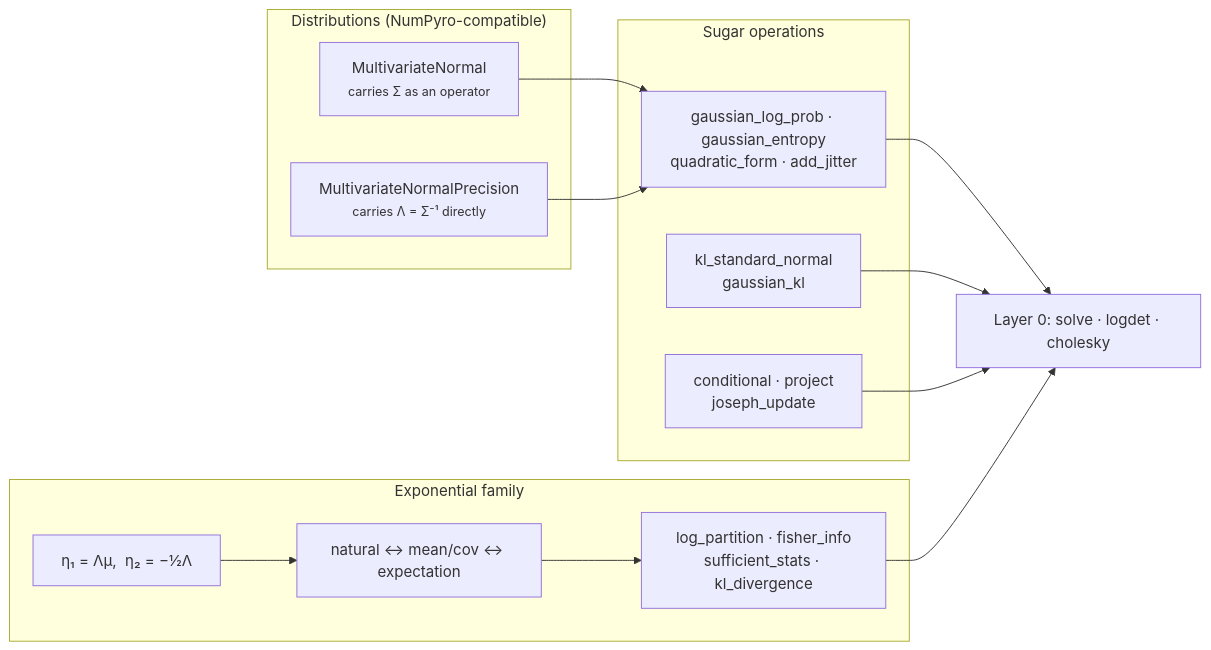
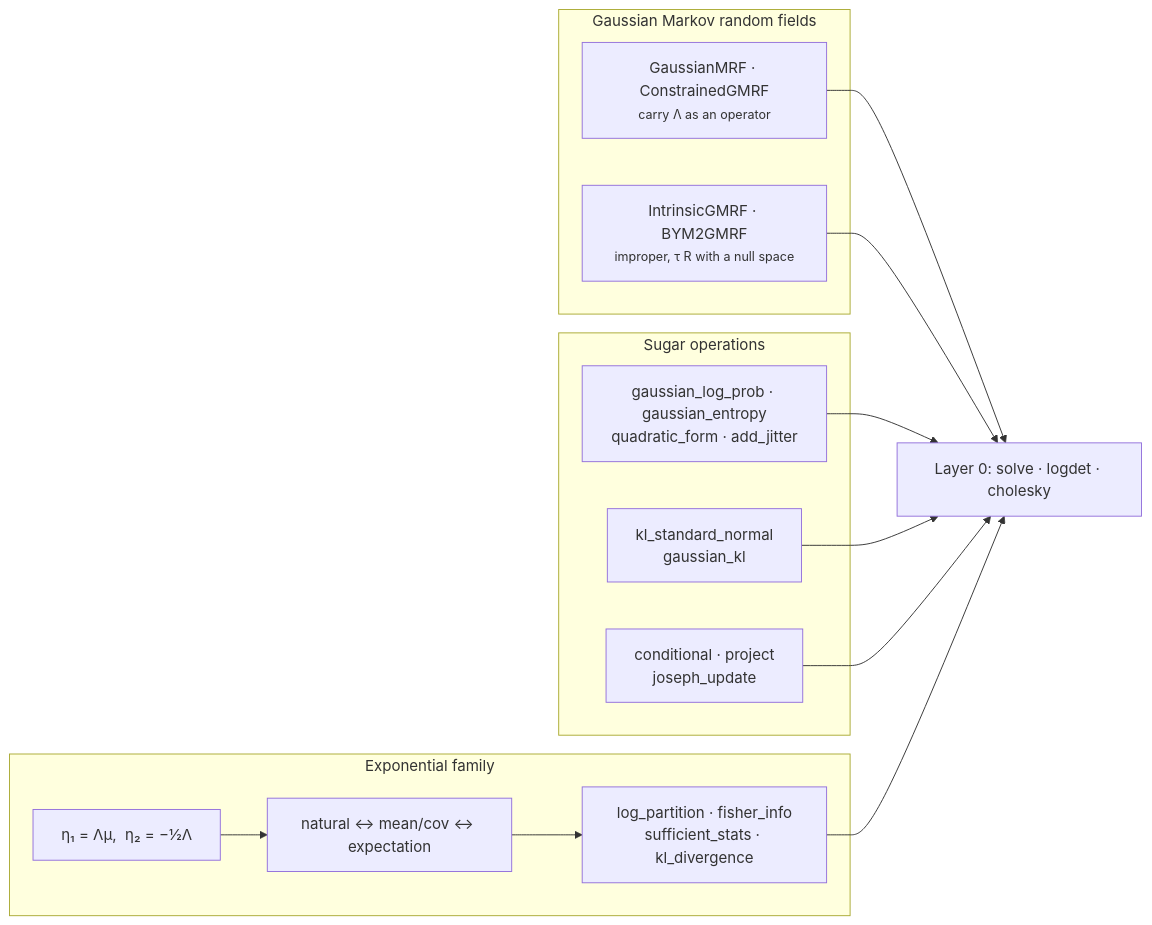
The fifth of 7 diagrams in docs/architecture.md (jejjohnson/gaussx), drawn with Mermaid before and after one commit. The commit also changed other lines of this file and 74 other files, not shown here.

First line of the commit message:
refactor(distributions)!: the NumPyro distributions leave gaussx for pyrox-gauss

````diff
--- a/docs/architecture.md
+++ b/docs/architecture.md
@@ -350,26 +350,26 @@
 ```mermaid
 flowchart LR
-    subgraph DISTS["Distributions (NumPyro-compatible)"]
-        MVN["MultivariateNormal<br/><small>carries Σ as an operator</small>"]
-        MVNP["MultivariateNormalPrecision<br/><small>carries Λ = Σ⁻¹ directly</small>"]
+    subgraph DISTS["Gaussian Markov random fields"]
+        GMRF["GaussianMRF · ConstrainedGMRF<br/><small>carry Λ as an operator</small>"]
+        IGMRF["IntrinsicGMRF · BYM2GMRF<br/><small>improper, τ R with a null space</small>"]
     end
 
     subgraph OPSUGAR["Sugar operations"]
         LP["gaussian_log_prob · gaussian_entropy<br/>quadratic_form · add_jitter"]
         KL["kl_standard_normal<br/>gaussian_kl"]
         COND["conditional · project<br/>joseph_update"]
     end
 
     subgraph EFAM["Exponential family"]
         NAT["η₁ = Λμ,&nbsp; η₂ = −½Λ"]
         CONV["natural ↔ mean/cov ↔ expectation"]
         FISH["log_partition · fisher_info<br/>sufficient_stats · kl_divergence"]
     end
 
-    MVN --> LP
-    MVNP --> LP
+    GMRF --> P0
+    IGMRF --> P0
     LP --> P0["Layer 0: solve · logdet · cholesky"]
     KL --> P0
     COND --> P0
     NAT --> CONV --> FISH --> P0
 ```
````
